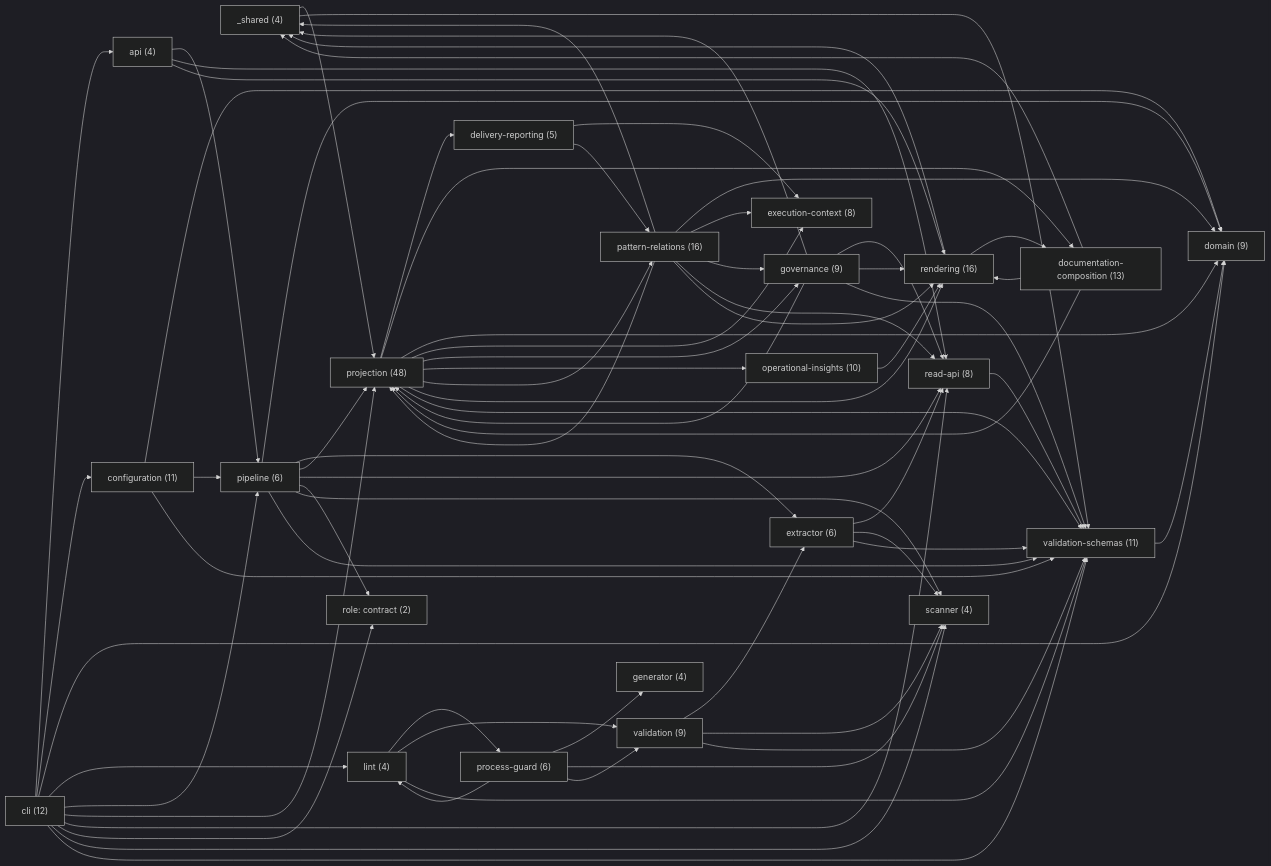
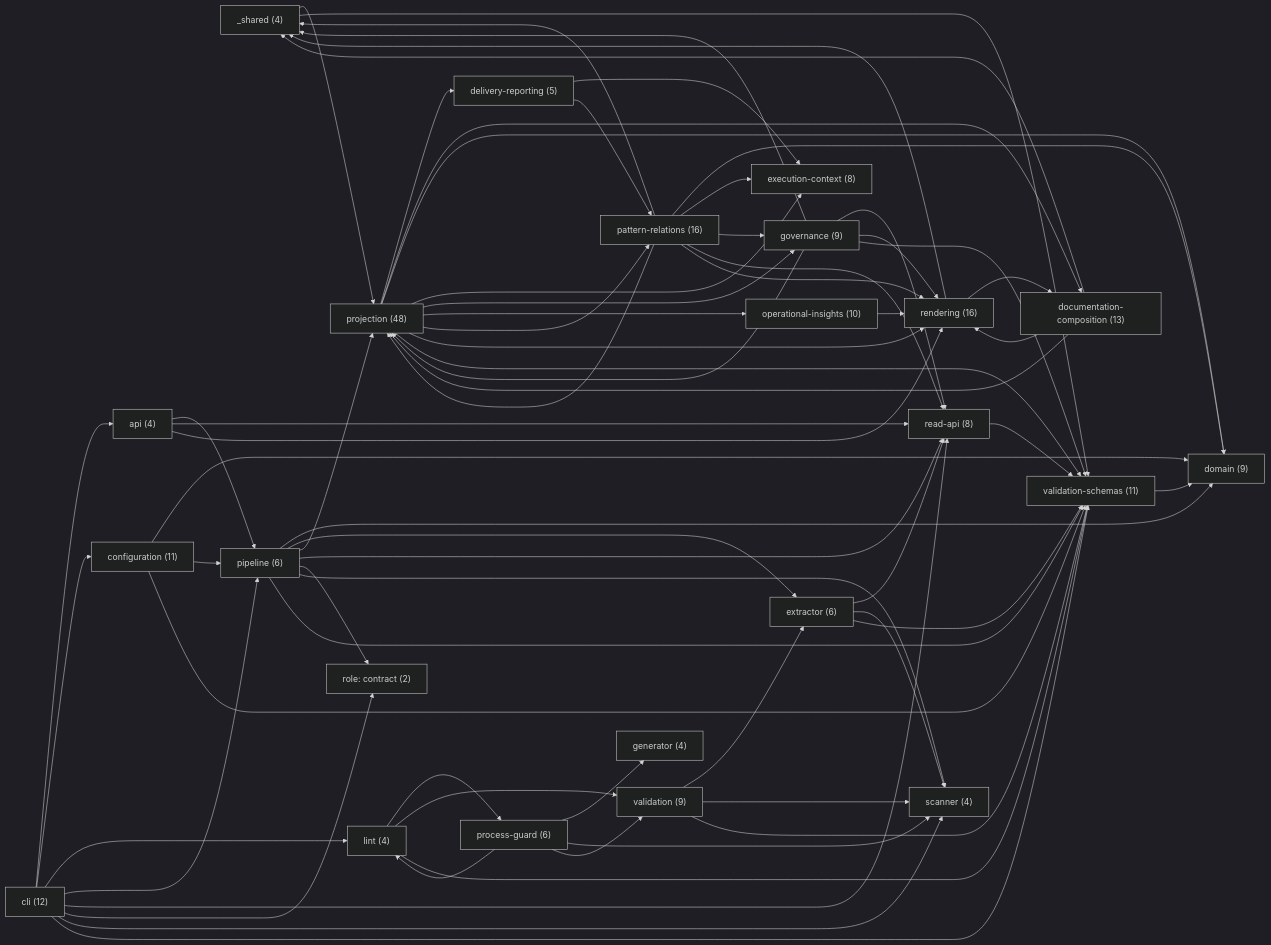
The first of 24 diagrams in docs-live/ARCHITECTURE.md (libar-dev/architect), drawn with Mermaid (dark theme) before and after one commit. The commit also changed other lines of this file and 27 other files, not shown here.

```diff
--- a/docs-live/ARCHITECTURE.md
+++ b/docs-live/ARCHITECTURE.md
@@ -53,10 +53,8 @@
   api --> rendering
   cli --> api
   cli --> configuration
-  cli --> domain
   cli --> lint
   cli --> pipeline
-  cli --> projection
   cli --> read_api
   cli --> role_contract
   cli --> scanner
```
